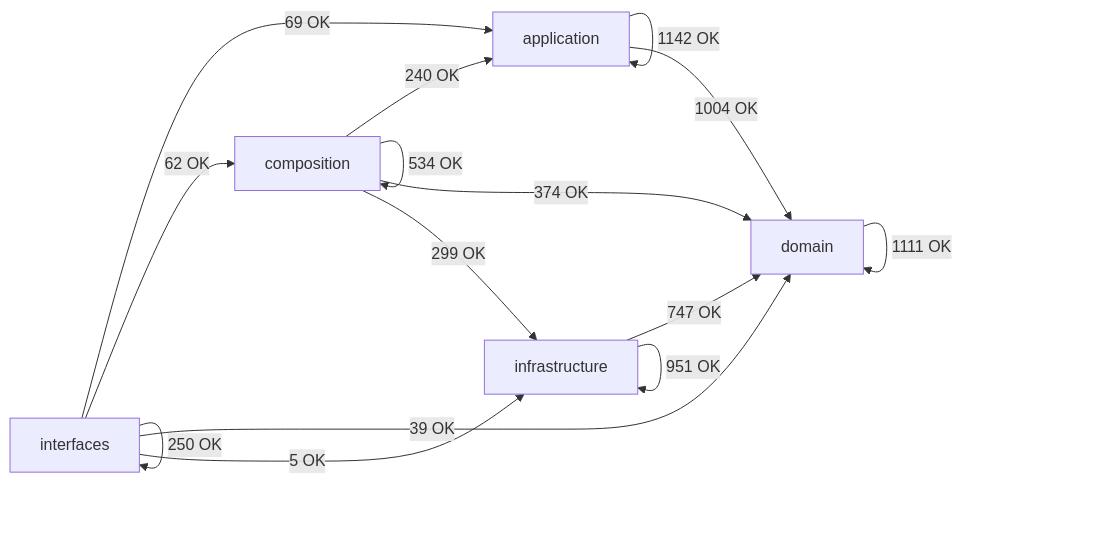
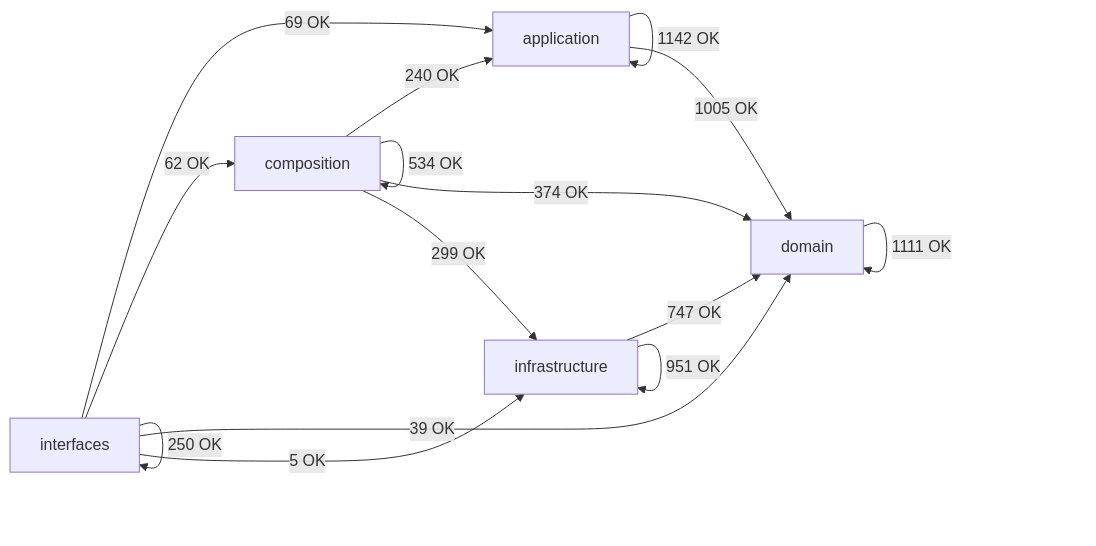
Before and after one commit to SatoryKono/BioactivityDataAcquisition: the diagram in docs/02-architecture/generated/module-dependency-map.md, drawn with Mermaid. The commit also changed other lines of this file and 31 other files, not shown here.

````diff
--- a/docs/02-architecture/generated/module-dependency-map.md
+++ b/docs/02-architecture/generated/module-dependency-map.md
@@ -17,22 +17,22 @@
 ```mermaid
 flowchart LR
     domain[domain]
     application[application]
     infrastructure[infrastructure]
     composition[composition]
     interfaces[interfaces]
     application -->|1142 OK| application
-    application -->|1004 OK| domain
+    application -->|1005 OK| domain
     composition -->|240 OK| application
     composition -->|534 OK| composition
     composition -->|374 OK| domain
     composition -->|299 OK| infrastructure
     domain -->|1111 OK| domain
     infrastructure -->|747 OK| domain
     infrastructure -->|951 OK| infrastructure
     interfaces -->|69 OK| application
     interfaces -->|62 OK| composition
     interfaces -->|39 OK| domain
     interfaces -->|5 OK| infrastructure
     interfaces -->|250 OK| interfaces
 ```
````
